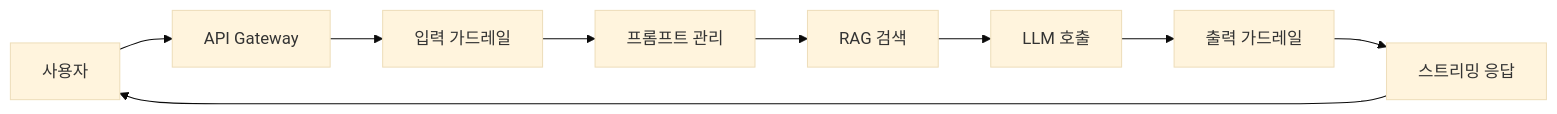
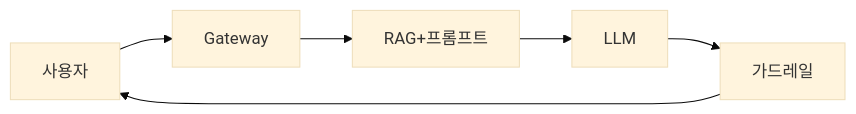
The first of 2 diagrams in _posts/ai/2026-05-03-llm-application-architecture.md (yjkim2015/yjkim2015.github.io), drawn with Mermaid (base theme) before and after one commit. The commit also changed other lines of this file and 163 other files, not shown here.

First line of the commit message:
Mermaid 300개 블록 내용 축소: 5노드 5엣지 이하, 의미 있는 약어

````diff
--- a/_posts/ai/2026-05-03-llm-application-architecture.md
+++ b/_posts/ai/2026-05-03-llm-application-architecture.md
@@ -20,11 +20,8 @@
 ```mermaid
 graph LR
-    USER["사용자"] --> GW["API Gateway"]
-    GW --> GUARD_IN["입력 가드레일"]
-    GUARD_IN --> PM["프롬프트 관리"]
-    PM --> RAG["RAG 검색"]
-    RAG --> LLM["LLM 호출"]
-    LLM --> GUARD_OUT["출력 가드레일"]
-    GUARD_OUT --> STREAM["스트리밍 응답"]
-    STREAM --> USER
+    USER["사용자"] --> GW["Gateway"]
+    GW --> RAG["RAG+프롬프트"]
+    RAG --> LLM["LLM"]
+    LLM --> GUARD["가드레일"]
+    GUARD --> USER
 ```
````
